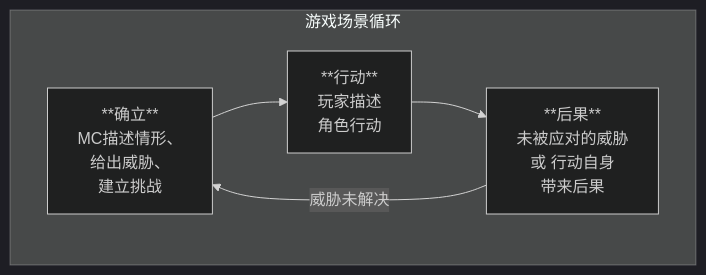
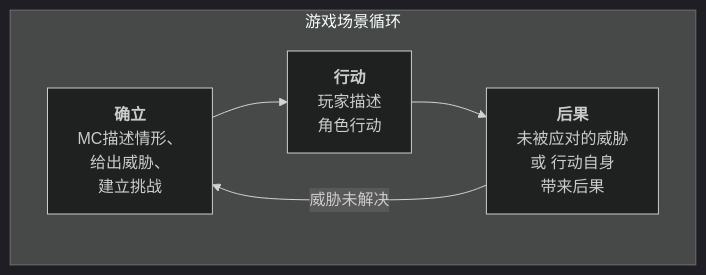
One commit to 0rac1e404/trpg changed the first of 2 diagrams in src/site/notes/TRPG规则/迷雾驱动/M.I.S.T.迷雾部/3.核心引擎.md. Above: the diagram before and after it, drawn with Mermaid (dark theme). The commit also changed other lines of this file and 9 other files, not shown here.

````diff
--- a/src/site/notes/TRPG规则/迷雾驱动/M.I.S.T.迷雾部/3.核心引擎.md
+++ b/src/site/notes/TRPG规则/迷雾驱动/M.I.S.T.迷雾部/3.核心引擎.md
@@ -183,13 +182,13 @@
 ```mermaid
 flowchart LR
     subgraph Cycle[游戏场景循环]
         direction LR
-        Establish[**确立**<br>MC描述情形、<br>给出威胁、<br>建立挑战]
-        Action[**行动**<br>玩家描述<br>角色行动]
-        Consequence[**后果**<br>未被应对的威胁<br>或 行动自身<br>带来后果]
+        Establish[<b>确立</b><br>MC描述情形、<br>给出威胁、<br>建立挑战]
+        Action[<b>行动</b><br>玩家描述<br>角色行动]
+        Consequence[<b>后果</b><br>未被应对的威胁<br>或 行动自身<br>带来后果]
         
         Establish --> Action
         Action --> Consequence
         Consequence -- 威胁未解决 --> Establish
     end
 ```
````
